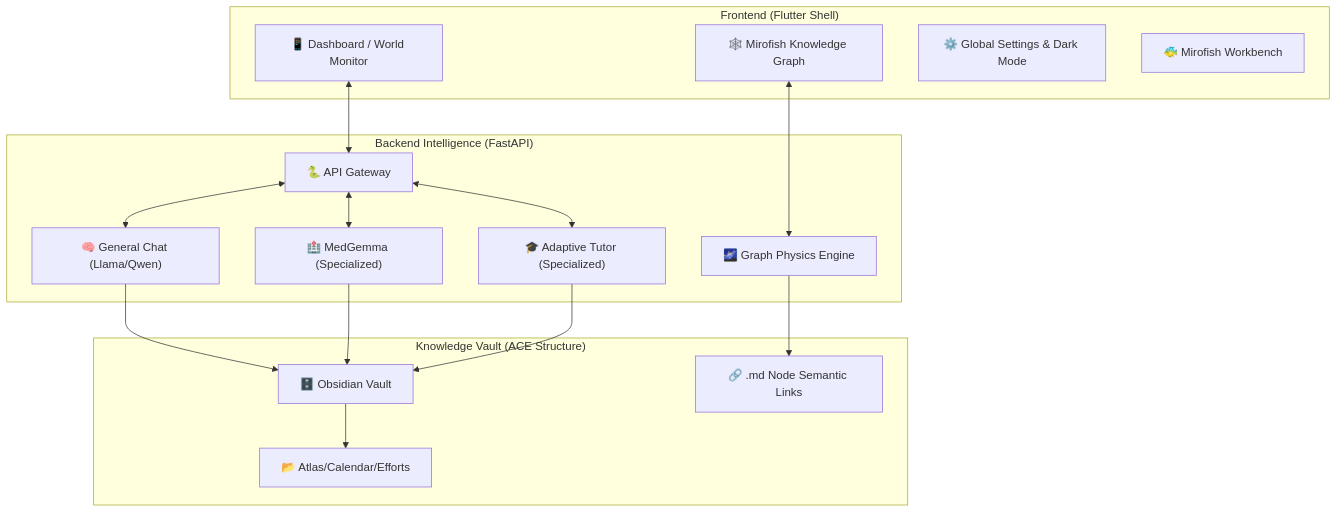
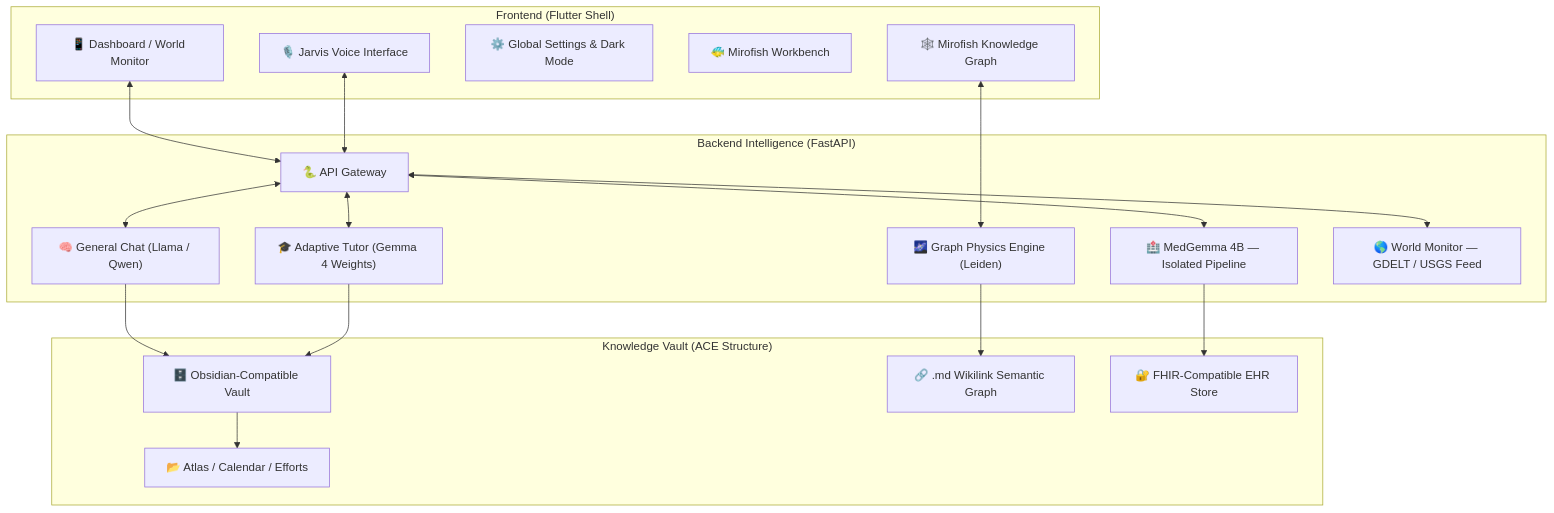
The diagram in README.md (ankit-sengupta05/CyborgAI), drawn with Mermaid before and after one commit. The commit also changed other lines of this file, not shown here.

````diff
--- a/README.md
+++ b/README.md
@@ -40,34 +80,39 @@
 ```mermaid
 graph TD
     subgraph "Frontend (Flutter Shell)"
         UI["📱 Dashboard / World Monitor"]
         KG["🕸️ Mirofish Knowledge Graph"]
         GS["⚙️ Global Settings & Dark Mode"]
         MF["🐠 Mirofish Workbench"]
+        VX["🎙️ Jarvis Voice Interface"]
     end
 
     subgraph "Backend Intelligence (FastAPI)"
         API["🐍 API Gateway"]
-        LLM["🧠 General Chat (Llama/Qwen)"]
-        MED["🏥 MedGemma (Specialized)"]
-        EDU["🎓 Adaptive Tutor (Specialized)"]
-        KGE["🌌 Graph Physics Engine"]
+        LLM["🧠 General Chat (Llama / Qwen)"]
+        MED["🏥 MedGemma 4B — Isolated Pipeline"]
+        EDU["🎓 Adaptive Tutor (Gemma 4 Weights)"]
+        KGE["🌌 Graph Physics Engine (Leiden)"]
+        WM["🌎 World Monitor — GDELT / USGS Feed"]
     end
 
     subgraph "Knowledge Vault (ACE Structure)"
-        VAULT["🗄️ Obsidian Vault"]
-        GRAPH["🔗 .md Node Semantic Links"]
-        ACE["📂 Atlas/Calendar/Efforts"]
+        VAULT["🗄️ Obsidian-Compatible Vault"]
+        GRAPH["🔗 .md Wikilink Semantic Graph"]
+        ACE["📂 Atlas / Calendar / Efforts"]
+        FHIR["🔐 FHIR-Compatible EHR Store"]
     end
 
     UI <--> API
+    VX <--> API
     KG <--> KGE
     API <--> LLM
     API <--> MED
     API <--> EDU
+    API <--> WM
     LLM --> VAULT
     KGE --> GRAPH
-    MED --> VAULT
+    MED --> FHIR
     EDU --> VAULT
     VAULT --> ACE
 ```
````
